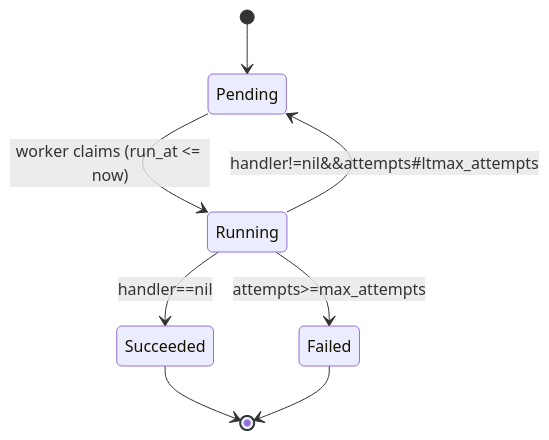
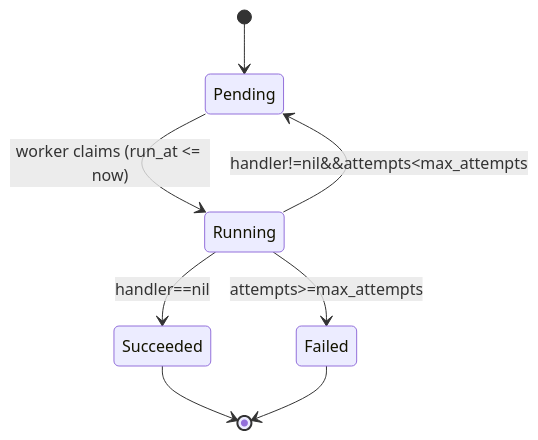
One commit to CL0UD6LOCK/kiln changed the diagram in README.md. Above: the diagram before and after it, drawn with Mermaid.

````diff
--- a/README.md
+++ b/README.md
@@ -29,10 +29,10 @@
 ```mermaid
 stateDiagram-v2
     [*] --> Pending
     Pending --> Running: worker claims (run_at <= now)
     Running --> Succeeded: handler==nil
-    Running --> Pending: handler!=nil&&attempts#ltmax_attempts
+    Running --> Pending: handler!=nil&&attempts#lt;max_attempts
     Running --> Failed: attempts>=max_attempts
     Succeeded --> [*]
     Failed -->[*]
 ```
````
